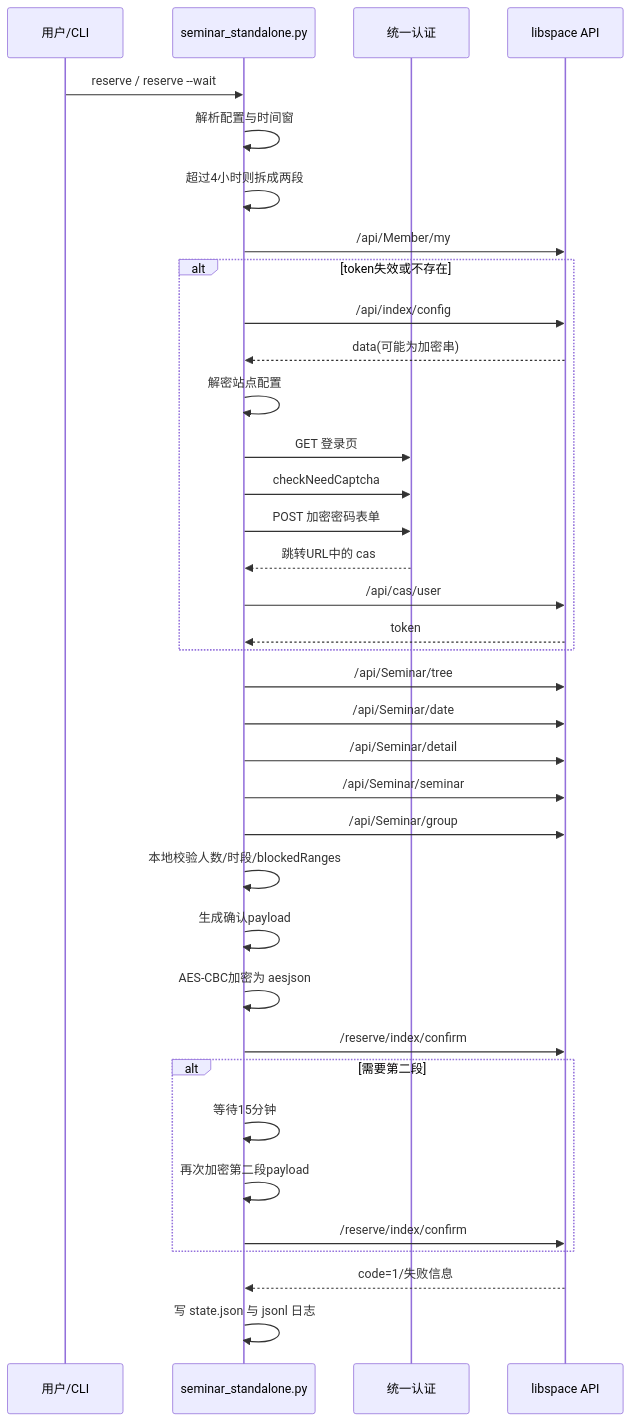
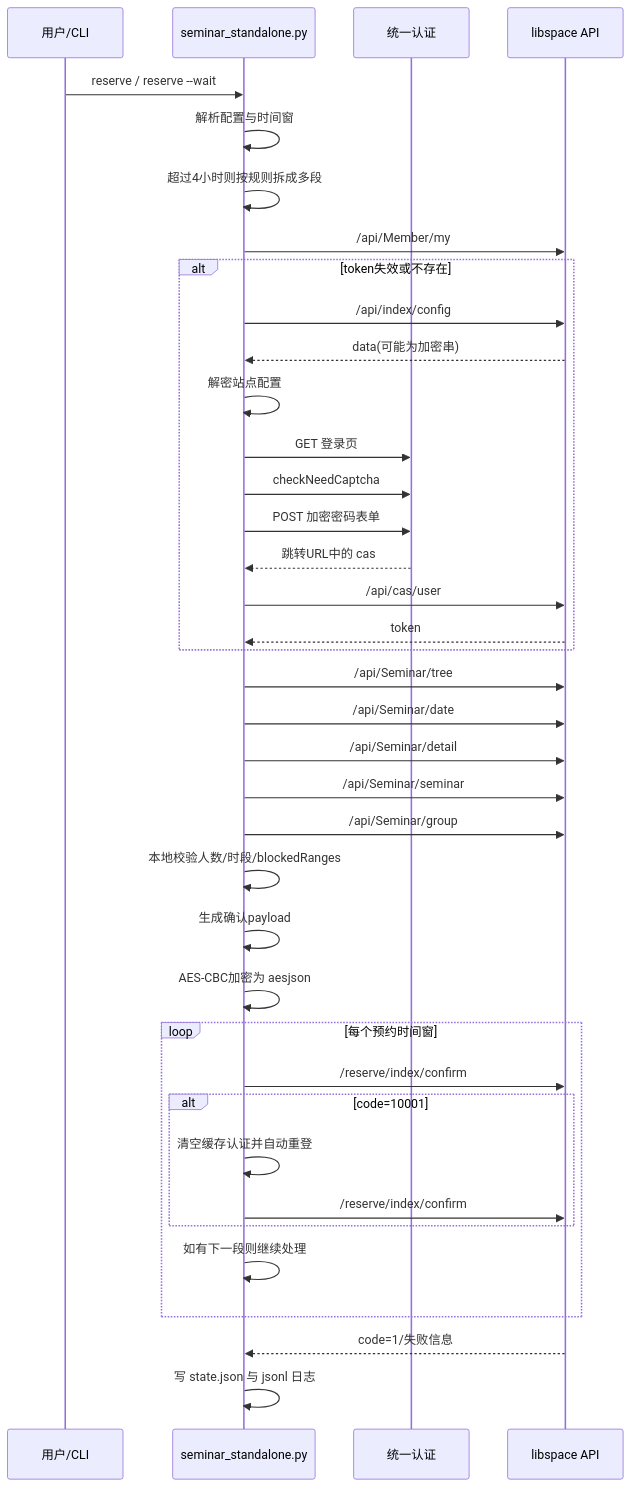
The diagram in docs/reservation-encryption-and-flow.md (yangzhang0215/XAUAT-autolib), drawn with Mermaid before and after one commit. The commit also changed other lines of this file and 10 other files, not shown here.

Commit message:
fix: correct seminar split flow and refresh packaging

````diff
--- a/docs/reservation-encryption-and-flow.md
+++ b/docs/reservation-encryption-and-flow.md
@@ -484,39 +486,41 @@
 ```mermaid
 sequenceDiagram
     participant User as 用户/CLI
     participant Tool as seminar_standalone.py
     participant CAS as 统一认证
     participant Lib as libspace API
 
     User->>Tool: reserve / reserve --wait
     Tool->>Tool: 解析配置与时间窗
-    Tool->>Tool: 超过4小时则拆成两段
+    Tool->>Tool: 超过4小时则按规则拆成多段
     Tool->>Lib: /api/Member/my
     alt token失效或不存在
         Tool->>Lib: /api/index/config
         Lib-->>Tool: data(可能为加密串)
         Tool->>Tool: 解密站点配置
         Tool->>CAS: GET 登录页
         Tool->>CAS: checkNeedCaptcha
         Tool->>CAS: POST 加密密码表单
         CAS-->>Tool: 跳转URL中的 cas
         Tool->>Lib: /api/cas/user
         Lib-->>Tool: token
     end
     Tool->>Lib: /api/Seminar/tree
     Tool->>Lib: /api/Seminar/date
     Tool->>Lib: /api/Seminar/detail
     Tool->>Lib: /api/Seminar/seminar
     Tool->>Lib: /api/Seminar/group
     Tool->>Tool: 本地校验人数/时段/blockedRanges
     Tool->>Tool: 生成确认payload
     Tool->>Tool: AES-CBC加密为 aesjson
-    Tool->>Lib: /reserve/index/confirm
-    alt 需要第二段
-        Tool->>Tool: 等待15分钟
-        Tool->>Tool: 再次加密第二段payload
+    loop 每个预约时间窗
         Tool->>Lib: /reserve/index/confirm
+        alt code=10001
+            Tool->>Tool: 清空缓存认证并自动重登
+            Tool->>Lib: /reserve/index/confirm
+        end
+        Tool->>Tool: 如有下一段则继续处理
     end
     Lib-->>Tool: code=1/失败信息
     Tool->>Tool: 写 state.json 与 jsonl 日志
 ```
````
